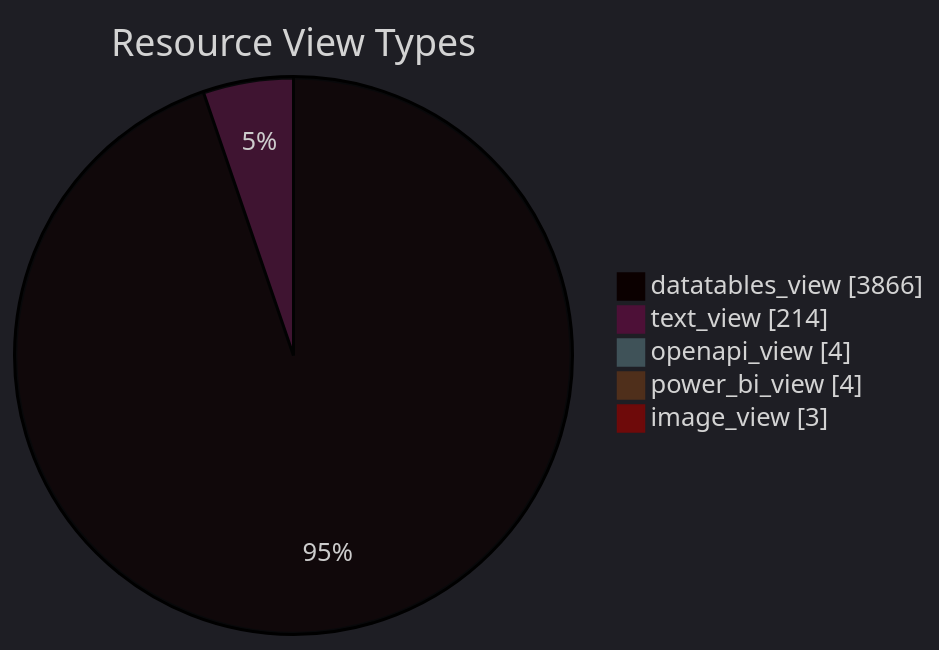
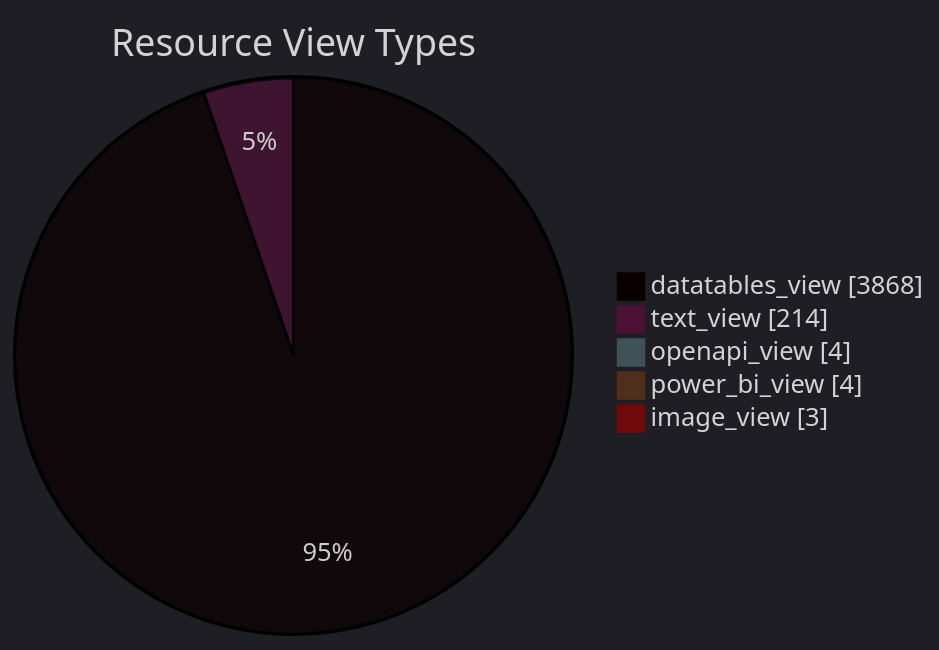
The diagram in datastore_tracker/resource_view_types_pie_chart.md (open-data/analytics-corporate-reporting), drawn with Mermaid before and after one commit. The commit also changed 10 other files, not shown here.

````diff
--- a/datastore_tracker/resource_view_types_pie_chart.md
+++ b/datastore_tracker/resource_view_types_pie_chart.md
@@ -2,12 +2,12 @@
 ```mermaid
 ---
 config:
   theme: dark
 ---
 pie showData title Resource View Types
-    "datatables_view": 3866
+    "datatables_view": 3868
     "text_view": 214
     "openapi_view": 4
     "power_bi_view": 4
     "image_view": 3
 ```
````
